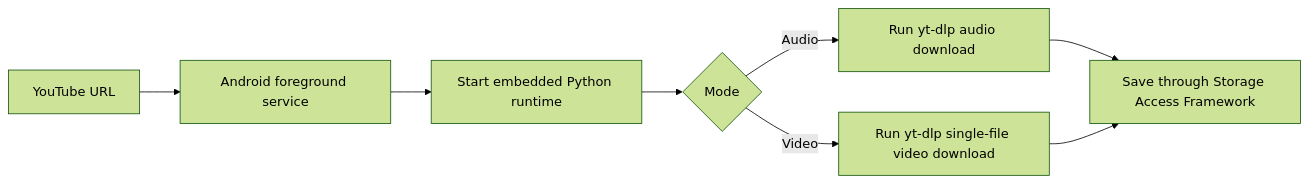
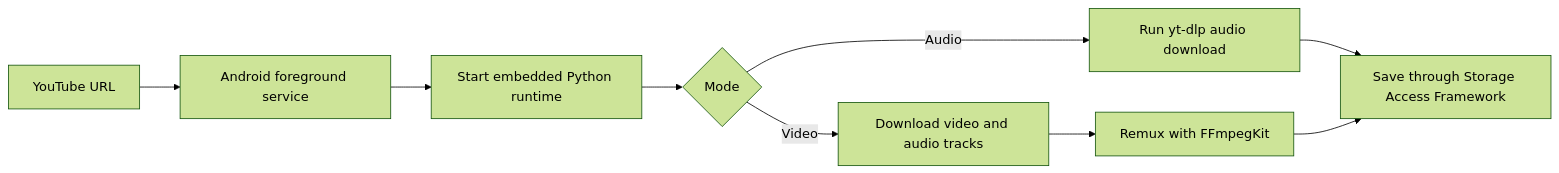
One commit to hojin-v/YTET-Android changed the first of 2 diagrams in README.md. Above: the diagram before and after it, drawn with Mermaid (forest theme). The commit also changed other lines of this file and 16 other files, not shown here.

````diff
--- a/README.md
+++ b/README.md
@@ -123,10 +121,11 @@
 ```mermaid
 flowchart LR
     A[YouTube URL] --> B[Android foreground service]
     B --> C[Start embedded Python runtime]
     C --> D{Mode}
     D -->|Audio| E[Run yt-dlp audio download]
-    D -->|Video| F[Run yt-dlp single-file video download]
+    D -->|Video| F[Download video and audio tracks]
+    F --> H[Remux with FFmpegKit]
     E --> G[Save through Storage Access Framework]
-    F --> G
+    H --> G
 ```
````
